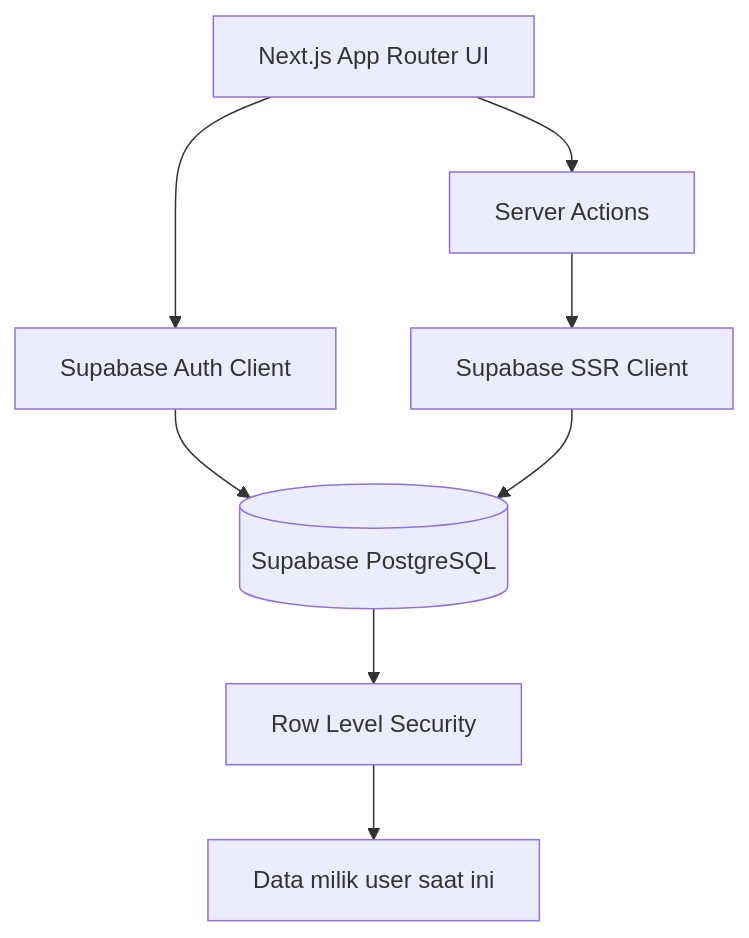
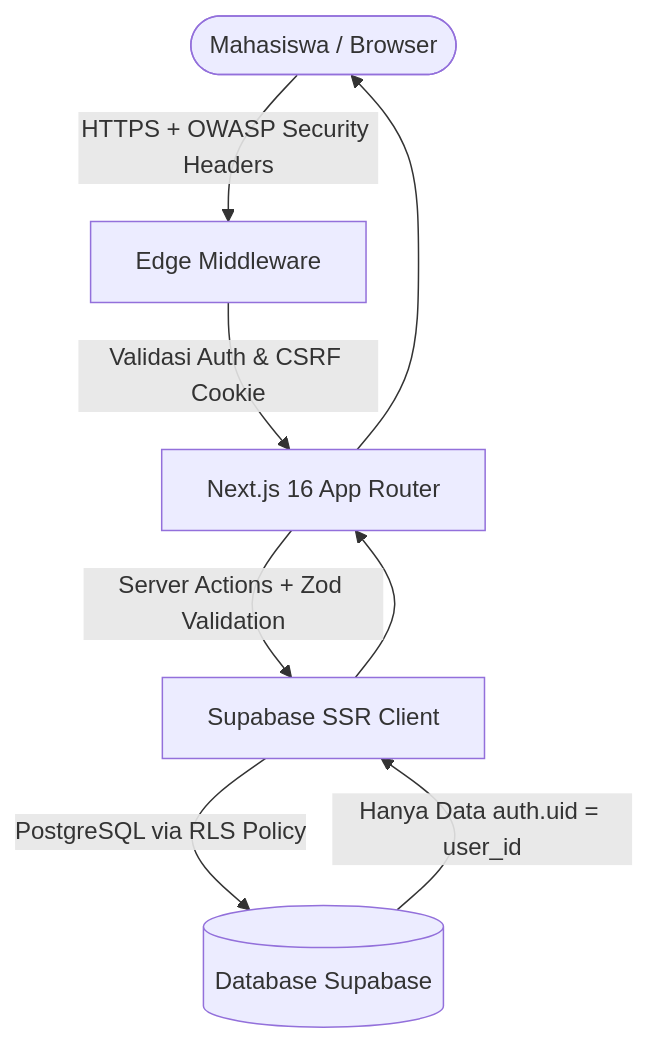
The diagram in README.md (YogUNI/ngampUS), drawn with Mermaid before and after one commit. The commit also changed other lines of this file, not shown here.

Commit message:
docs: refresh README with official logo, modern badges, feature breakdown, and enterprise security architecture

````diff
--- a/README.md
+++ b/README.md
@@ -73,10 +88,10 @@
 ```mermaid
-flowchart TB
-  UI[Next.js App Router UI] --> Actions[Server Actions]
-  UI --> Auth[Supabase Auth Client]
-  Actions --> SSR[Supabase SSR Client]
-  Auth --> DB[(Supabase PostgreSQL)]
-  SSR --> DB
-  DB --> RLS[Row Level Security]
-  RLS --> Data[Data milik user saat ini]
+flowchart TD
+  User([Mahasiswa / Browser]) -->|HTTPS + OWASP Security Headers| Edge[Edge Middleware]
+  Edge -->|Validasi Auth & CSRF Cookie| Next[Next.js 16 App Router]
+  Next -->|Server Actions + Zod Validation| SSR[Supabase SSR Client]
+  SSR -->|PostgreSQL via RLS Policy| DB[(Database Supabase)]
+  DB -->|Hanya Data auth.uid = user_id| SSR
+  SSR --> Next
+  Next --> User
 ```
````
